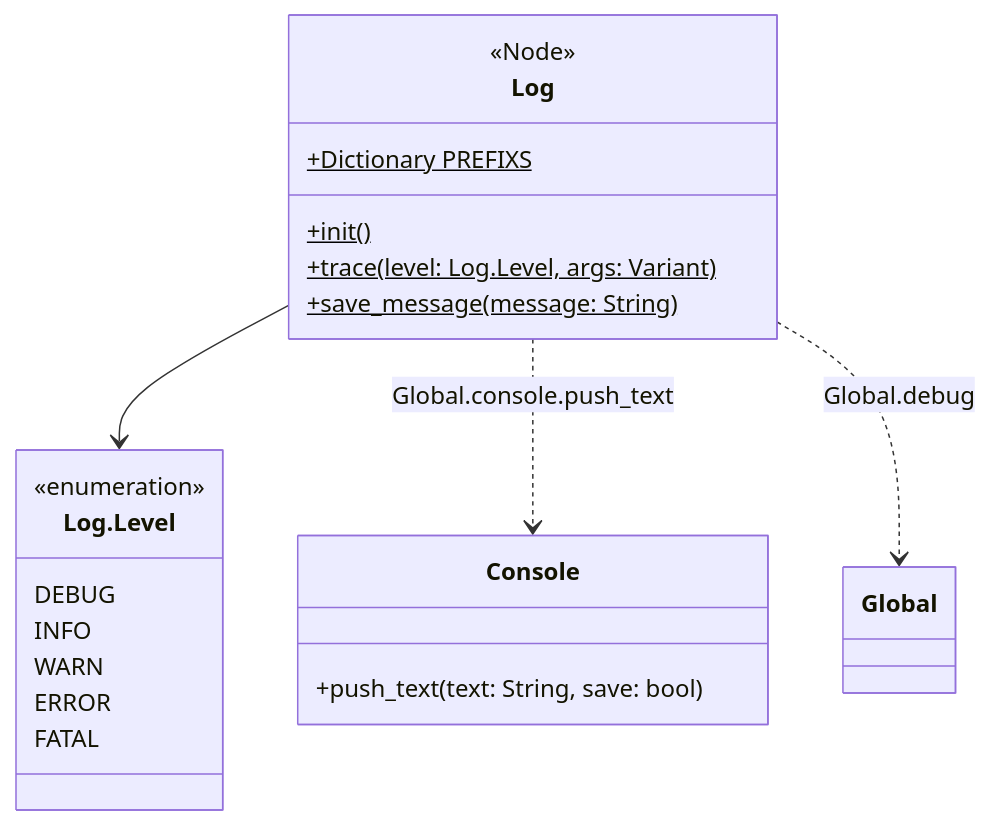
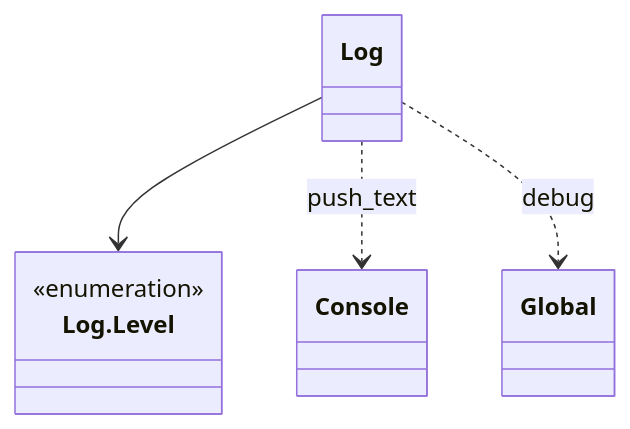
The diagram in src/content/docs/development/guides/logger.md (Cat-aclsym/documentation), drawn with Mermaid before and after one commit. The commit also changed other lines of this file and 51 other files, not shown here.

Commit message:
docs: Add game sprites, Starlight components and simpler diagrams, with green links and an indented sidebar.

````diff
--- a/src/content/docs/development/guides/logger.md
+++ b/src/content/docs/development/guides/logger.md
@@ -19,25 +19,10 @@
 ```mermaid
 classDiagram
-    class Log {
-        <<Node>>
-        +Dictionary PREFIXS$
-        +init()$
-        +trace(level: Log.Level, args: Variant)$
-        +save_message(message: String)$
-    }
+    class Log
     class Level["Log.Level"] {
         <<enumeration>>
-        DEBUG
-        INFO
-        WARN
-        ERROR
-        FATAL
     }
-    class Console {
-        +push_text(text: String, save: bool)
-    }
-
     Log --> Level
-    Log ..> Console : Global.console.push_text
-    Log ..> Global : Global.debug
+    Log ..> Console : push_text
+    Log ..> Global : debug
 ```
````
